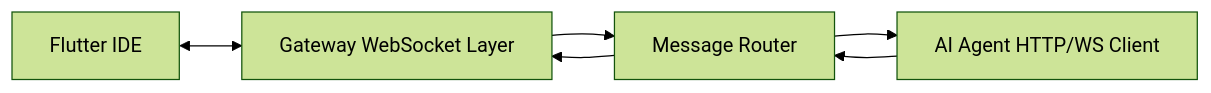
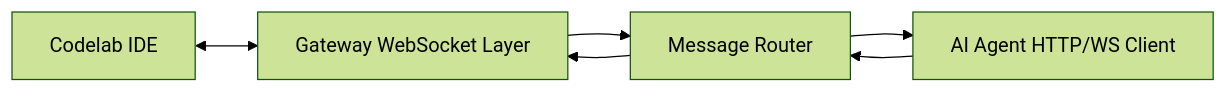
One commit to pese-git/codelab-workspace changed the diagram in doc/poc/tech-req-gateway.md. Above: the diagram before and after it, drawn with Mermaid (forest theme). The commit also changed other lines of this file and 7 other files, not shown here.

First line of the commit message:
feat: add initial Proof of Concept architecture documentation

````diff
--- a/doc/poc/tech-req-gateway.md
+++ b/doc/poc/tech-req-gateway.md
@@ -47,8 +47,8 @@
 ```mermaid
 flowchart LR
-IDE[Flutter IDE] <--> GW_WS[Gateway WebSocket Layer]
+IDE[Codelab IDE] <--> GW_WS[Gateway WebSocket Layer]
 GW_WS --> ROUTER[Message Router]
 ROUTER --> AGENT_HTTP[AI Agent HTTP/WS Client]
 AGENT_HTTP --> ROUTER
 ROUTER --> GW_WS
 ```
````
